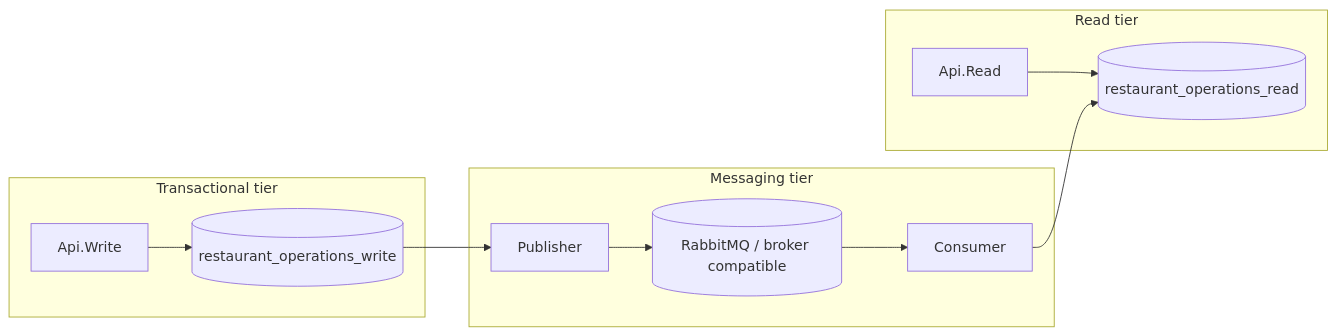
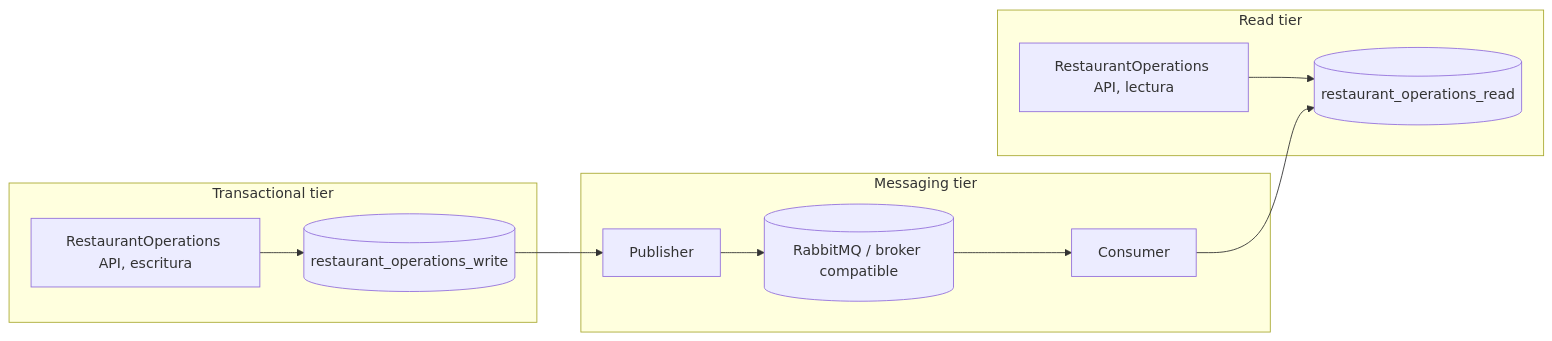
Before and after one commit to sergioocode/Restaurantes: the seventh of 7 diagrams in docs/RestaurantOperations.README.md, drawn with Mermaid. The commit also changed other lines of this file and 11 other files, not shown here.

````diff
--- a/docs/RestaurantOperations.README.md
+++ b/docs/RestaurantOperations.README.md
@@ -701,27 +698,27 @@
 ```mermaid
 flowchart LR
     subgraph WriteTier["Transactional tier"]
-        WriteApi["Api.Write"]
+        WriteApi["RestaurantOperations API, escritura"]
         WriteDb[("restaurant_operations_write")]
         WriteApi --> WriteDb
     end
 
     subgraph AsyncTier["Messaging tier"]
         Publisher["Publisher"]
         Rabbit[("RabbitMQ / broker compatible")]
         Consumer["Consumer"]
 
         Publisher --> Rabbit
         Rabbit --> Consumer
     end
 
     subgraph ReadTier["Read tier"]
         ReadDb[("restaurant_operations_read")]
-        ReadApi["Api.Read"]
+        ReadApi["RestaurantOperations API, lectura"]
 
         ReadApi --> ReadDb
     end
 
     WriteDb --> Publisher
     Consumer --> ReadDb
 ```
````
